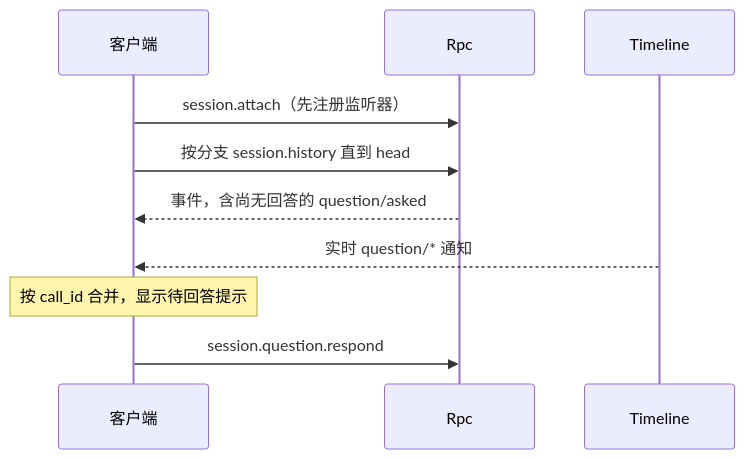
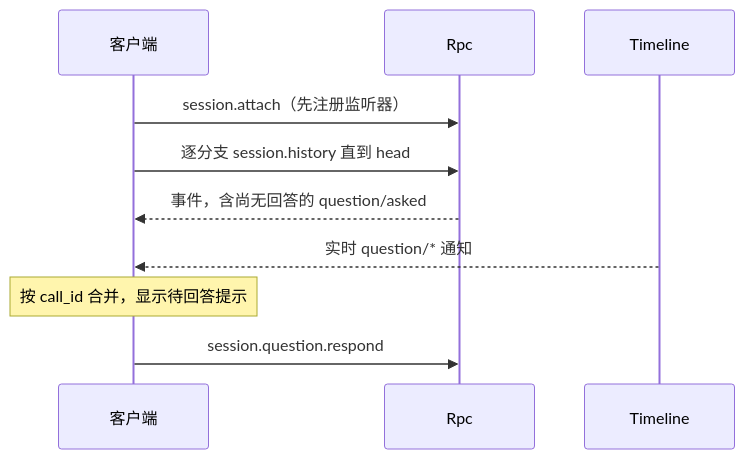
Before and after one commit to CoutinhoTTS/dim-agent: the fourth of 6 diagrams in docs/zh/design/plugins/Questions.md, drawn with Mermaid. The commit also changed other lines of this file and 18 other files, not shown here.

````diff
--- a/docs/zh/design/plugins/Questions.md
+++ b/docs/zh/design/plugins/Questions.md
@@ -115,12 +115,12 @@
 ```mermaid
 sequenceDiagram
   participant C as 客户端
   participant R as Rpc
   participant TL as Timeline
   C->>R: session.attach（先注册监听器）
-  C->>R: 按分支 session.history 直到 head
+  C->>R: 逐分支 session.history 直到 head
   R-->>C: 事件，含尚无回答的 question/asked
   TL-->>C: 实时 question/* 通知
   Note over C: 按 call_id 合并，显示待回答提示
   C->>R: session.question.respond
 ```
````
